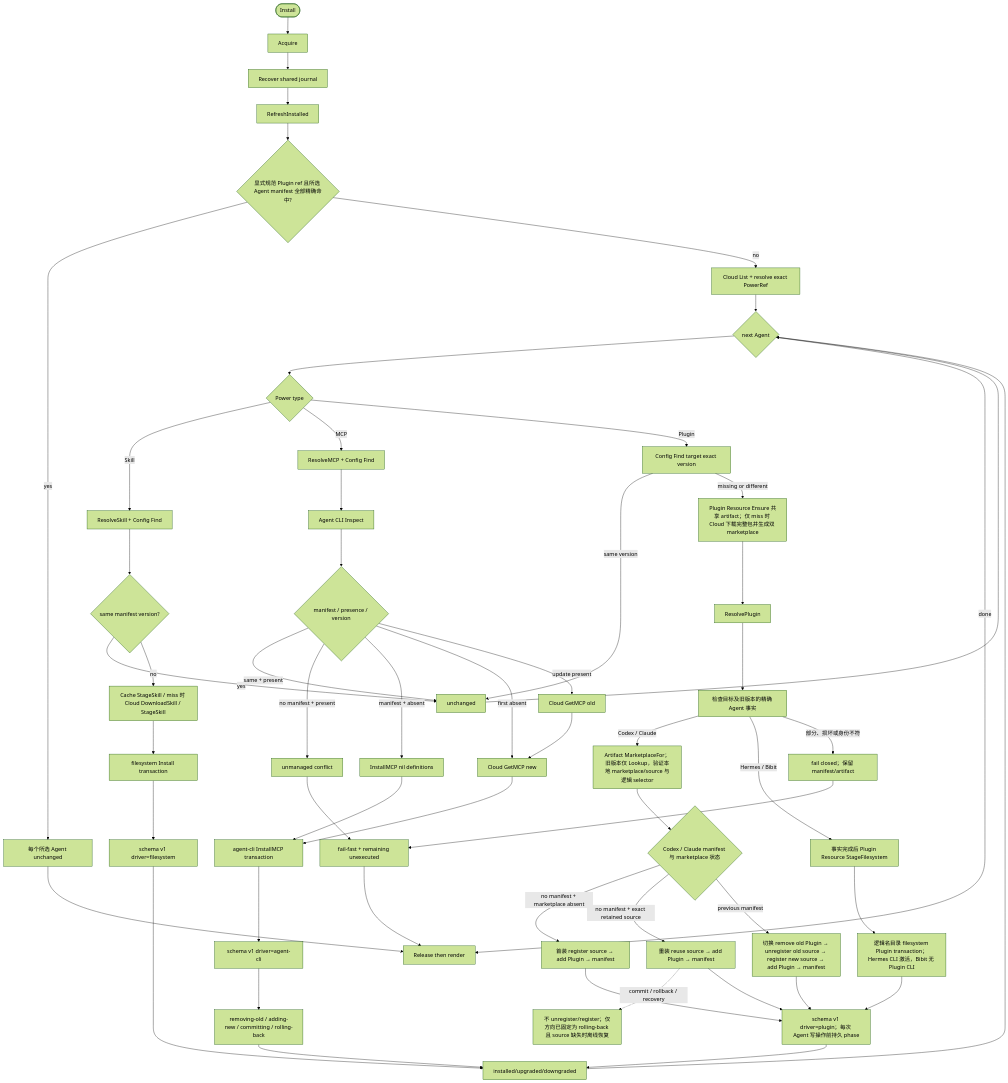
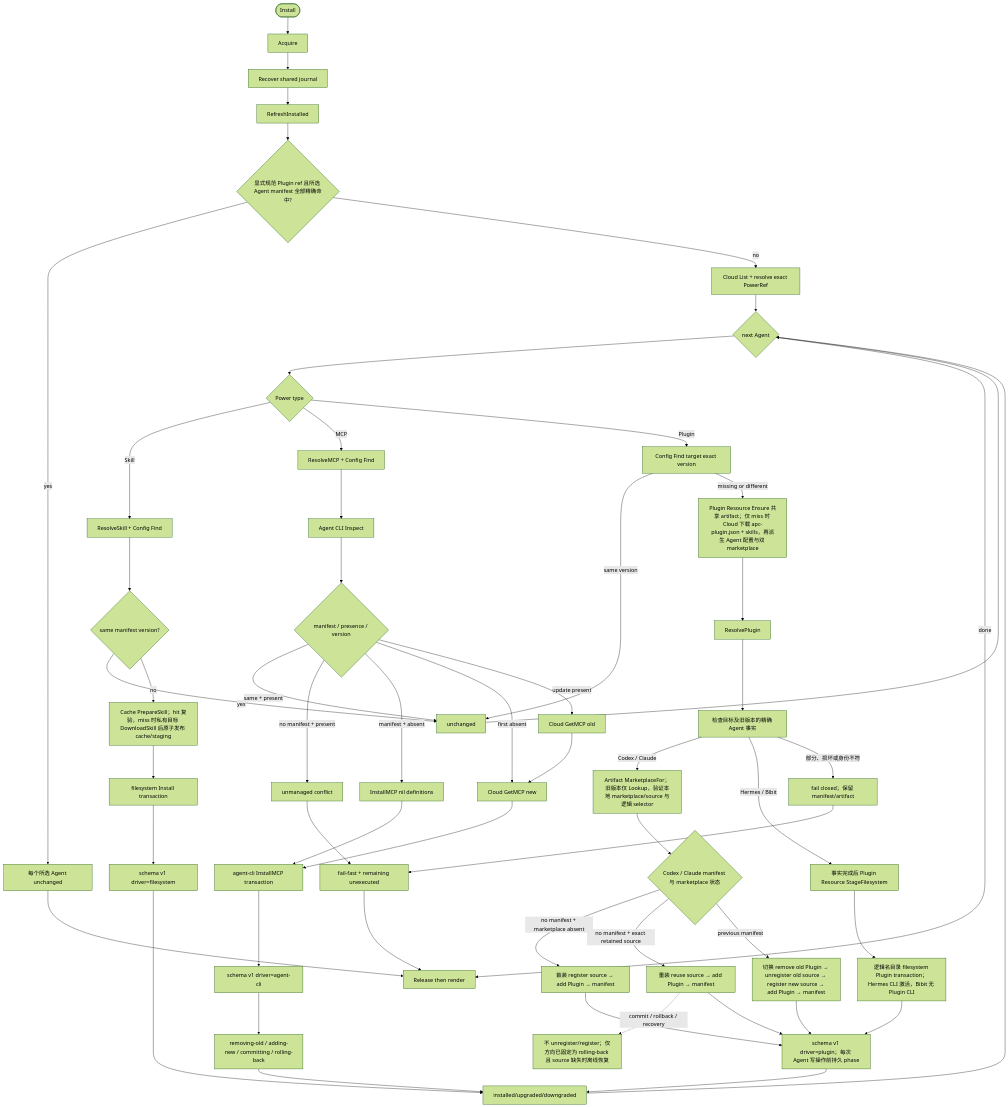
The diagram in ivory-tower/c4/components/apm-cli-lifecycle-diagrams/install.mmd (spacemit-com/agent-power-manager), drawn with Mermaid (forest theme) before and after one commit. The commit also changed 7 other files, not shown here.

Commit message:
docs(cloud): document provider runtime and apc plugins

```diff
--- a/ivory-tower/c4/components/apm-cli-lifecycle-diagrams/install.mmd
+++ b/ivory-tower/c4/components/apm-cli-lifecycle-diagrams/install.mmd
@@ -1,56 +1,56 @@
 flowchart TD
     Start([Install]) --> Lock[Acquire]
     Lock --> Recover[Recover shared journal]
     Recover --> Refresh[RefreshInstalled]
     Refresh --> ExplicitPlugin{显式规范 Plugin ref 且所选 Agent manifest 全部精确命中?}
     ExplicitPlugin -->|yes| ManifestHit[每个所选 Agent unchanged] --> Release
     ExplicitPlugin -->|no| List[Cloud List + resolve exact PowerRef]
     List --> Agent{next Agent}
     Agent --> Type{Power type}
     Type -->|Skill| SkillResolve[ResolveSkill + Config Find]
     SkillResolve --> SkillSame{same manifest version?}
     SkillSame -->|yes| Unchanged[unchanged]
-    SkillSame -->|no| Cache[Cache StageSkill / miss 时 Cloud DownloadSkill / StageSkill]
+    SkillSame -->|no| Cache[Cache PrepareSkill；hit 复验，miss 时私有目标 DownloadSkill 后原子发布 cache/staging]
     Cache --> FSTx[filesystem Install transaction]
     FSTx --> FSJournal[schema v1 driver=filesystem]
 
     Type -->|MCP| MCPResolve[ResolveMCP + Config Find]
     MCPResolve --> MCPInspect[Agent CLI Inspect]
     MCPInspect --> MCPState{manifest / presence / version}
     MCPState -->|same + present| Unchanged
     MCPState -->|no manifest + present| Fail[unmanaged conflict]
     MCPState -->|manifest + absent| MCPStale[InstallMCP nil definitions]
     MCPState -->|first absent| NewDef[Cloud GetMCP new]
     MCPState -->|update present| OldDef[Cloud GetMCP old] --> NewDef
     NewDef --> MCPTx[agent-cli InstallMCP transaction]
     MCPStale --> MCPTx
     MCPTx --> MCPJournal[schema v1 driver=agent-cli]
     MCPJournal --> Phases[removing-old / adding-new / committing / rolling-back]
 
     Type -->|Plugin| PluginManifest[Config Find target exact version]
     PluginManifest -->|same version| Unchanged
-    PluginManifest -->|missing or different| PluginEnsure[Plugin Resource Ensure 共享 artifact；仅 miss 时 Cloud 下载完整包并生成双 marketplace]
+    PluginManifest -->|missing or different| PluginEnsure[Plugin Resource Ensure 共享 artifact；仅 miss 时 Cloud 下载 apc-plugin.json + skills，再派生 Agent 配置与双 marketplace]
     PluginEnsure --> PluginResolve[ResolvePlugin]
     PluginResolve --> PluginFacts[检查目标及旧版本的精确 Agent 事实]
     PluginFacts -->|Codex / Claude| PreviousLookup[Artifact MarketplaceFor；旧版本仅 Lookup，验证本地 marketplace/source 与逻辑 selector]
     PreviousLookup --> MarketplaceState{Codex / Claude manifest 与 marketplace 状态}
     MarketplaceState -->|no manifest + marketplace absent| MarketplaceFirst[首装 register source → add Plugin → manifest]
     MarketplaceState -->|no manifest + exact retained source| MarketplaceReinstall[重装 reuse source → add Plugin → manifest]
     MarketplaceState -->|previous manifest| MarketplaceSwitch[切换 remove old Plugin → unregister old source → register new source → add Plugin → manifest]
     MarketplaceReinstall -. commit / rollback / recovery .-> RetainedRecovery[不 unregister/register；仅方向已固定为 rolling-back 且 source 缺失时离线恢复]
     PluginFacts -->|Hermes / Bibit| FilesystemStage[事实完成后 Plugin Resource StageFilesystem] --> FilesystemPluginTx[逻辑名目录 filesystem Plugin transaction；Hermes CLI 激活，Bibit 无 Plugin CLI]
     MarketplaceFirst --> PluginJournal[schema v1 driver=plugin；每次 Agent 写操作前持久 phase]
     MarketplaceReinstall --> PluginJournal
     MarketplaceSwitch --> PluginJournal
     FilesystemPluginTx --> PluginJournal
     PluginFacts -->|部分、损坏或身份不符| PluginFail[fail closed；保留 manifest/artifact]
 
     FSJournal --> Outcome[installed/upgraded/downgraded]
     Phases --> Outcome
     PluginJournal --> Outcome
     Unchanged --> Agent
     Outcome --> Agent
     Fail --> Batch[fail-fast + remaining unexecuted]
     PluginFail --> Batch
     Agent -->|done| Release[Release then render]
     Batch --> Release
```
